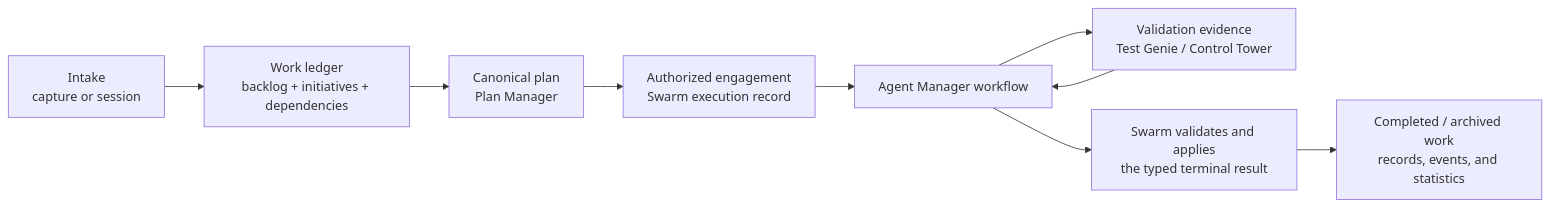
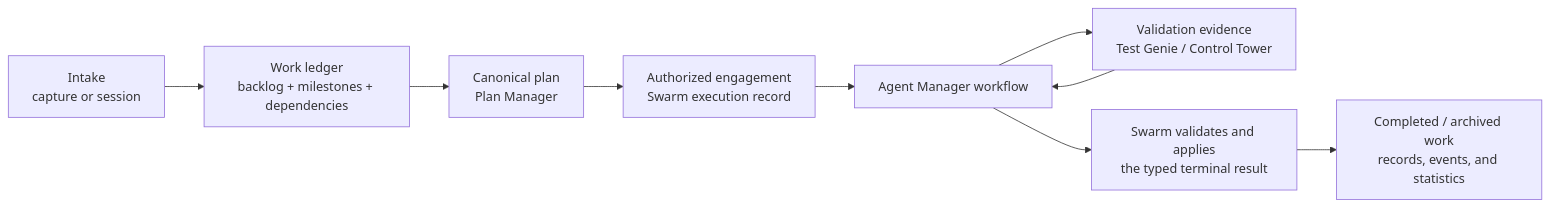
The first of 2 diagrams in scenarios/swarm-manager/docs/concepts/TARGET-OPERATING-MODEL.md (Vrooli/Vrooli), drawn with Mermaid before and after one commit. The commit also changed other lines of this file and 450 other files, not shown here.

````diff
--- a/scenarios/swarm-manager/docs/concepts/TARGET-OPERATING-MODEL.md
+++ b/scenarios/swarm-manager/docs/concepts/TARGET-OPERATING-MODEL.md
@@ -19,11 +19,11 @@
 ```mermaid
 flowchart LR
-  IN[Intake<br/>capture or session] --> W[Work ledger<br/>backlog + initiatives + dependencies]
+  IN[Intake<br/>capture or session] --> W[Work ledger<br/>backlog + milestones + dependencies]
   W --> P[Canonical plan<br/>Plan Manager]
   P --> X[Authorized engagement<br/>Swarm execution record]
   X --> F[Agent Manager workflow]
   F --> V[Validation evidence<br/>Test Genie / Control Tower]
   V --> F
   F --> A[Swarm validates and applies<br/>the typed terminal result]
   A --> L[Completed / archived work<br/>records, events, and statistics]
 ```
````
